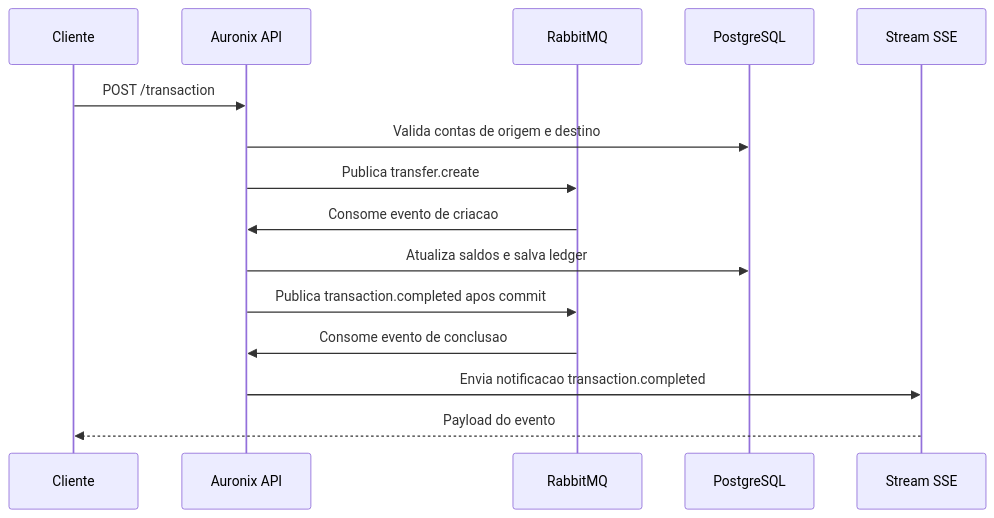
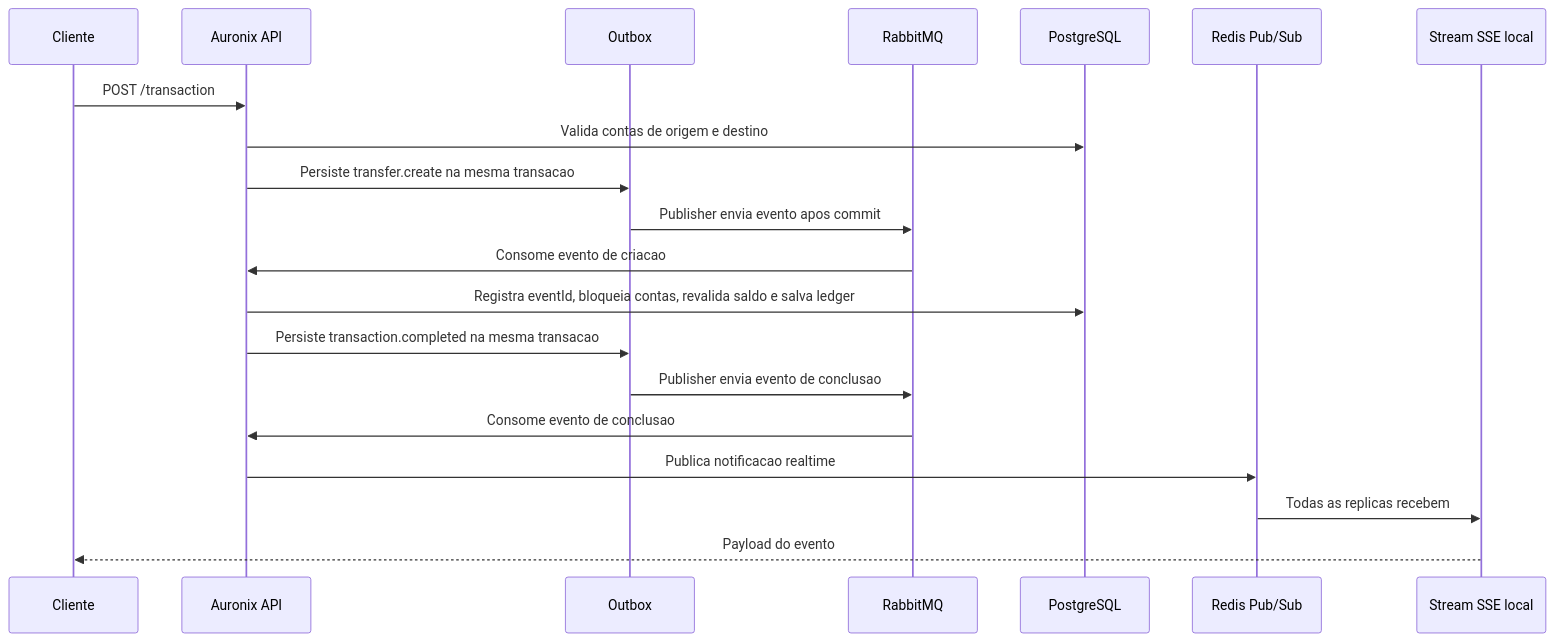
Before and after one commit to Joaopdiasventura/Auronix-server: the second of 3 diagrams in docs/pt-br/arquitetura/README.md, drawn with Mermaid. The commit also changed other lines of this file, not shown here.

Commit message:
docs(architecture): document reliability and failure flows

````diff
--- a/docs/pt-br/arquitetura/README.md
+++ b/docs/pt-br/arquitetura/README.md
@@ -34,17 +38,22 @@
 ```mermaid
 sequenceDiagram
     participant C as Cliente
     participant API as Auronix API
+    participant OB as Outbox
     participant MQ as RabbitMQ
     participant DB as PostgreSQL
-    participant SSE as Stream SSE
+    participant Redis as Redis Pub/Sub
+    participant SSE as Stream SSE local
     C->>API: POST /transaction
     API->>DB: Valida contas de origem e destino
-    API->>MQ: Publica transfer.create
+    API->>OB: Persiste transfer.create na mesma transacao
+    OB->>MQ: Publisher envia evento apos commit
     MQ->>API: Consome evento de criacao
-    API->>DB: Atualiza saldos e salva ledger
-    API->>MQ: Publica transaction.completed apos commit
+    API->>DB: Registra eventId, bloqueia contas, revalida saldo e salva ledger
+    API->>OB: Persiste transaction.completed na mesma transacao
+    OB->>MQ: Publisher envia evento de conclusao
     MQ->>API: Consome evento de conclusao
-    API->>SSE: Envia notificacao transaction.completed
+    API->>Redis: Publica notificacao realtime
+    Redis->>SSE: Todas as replicas recebem
     SSE-->>C: Payload do evento
 ```
````
